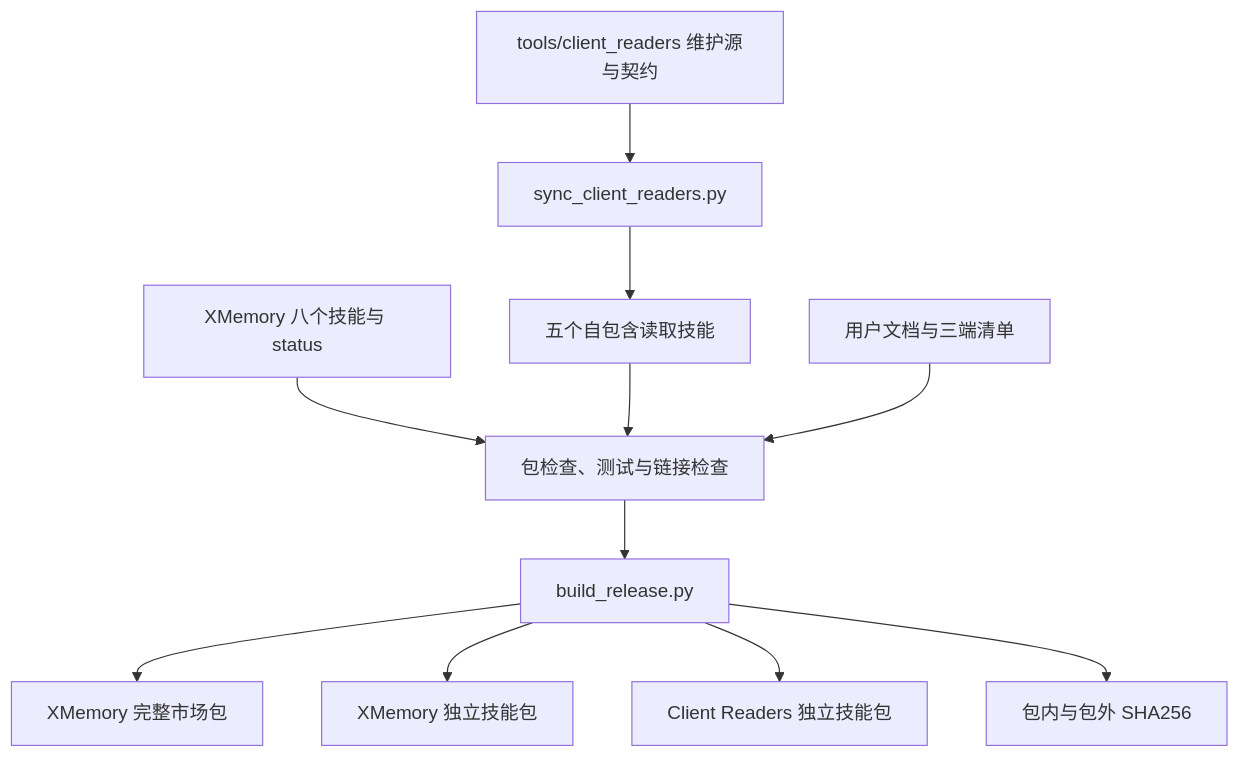
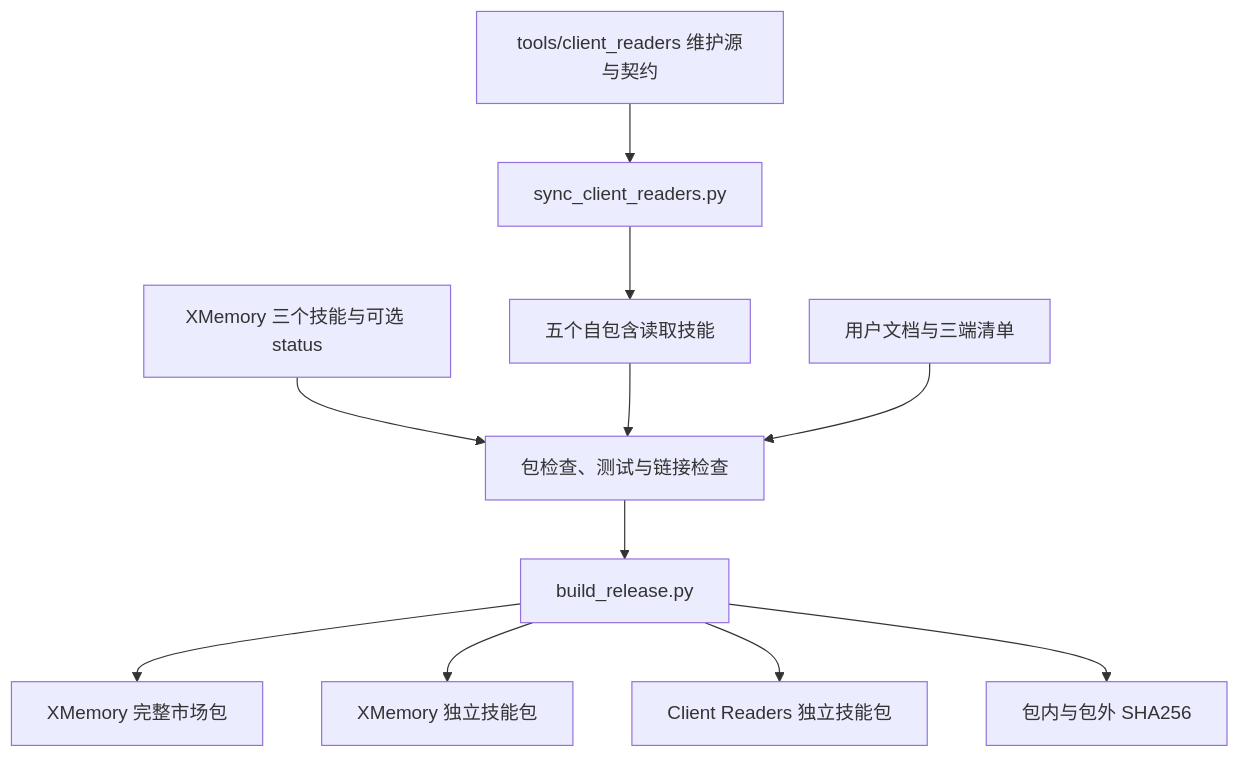
The diagram in docs/development.md (BlueSkyXN/XMemory), drawn with Mermaid before and after one commit. The commit also changed other lines of this file and 79 other files, not shown here.

````diff
--- a/docs/development.md
+++ b/docs/development.md
@@ -22,13 +22,13 @@
 ```mermaid
 flowchart TD
     R["tools/client_readers 维护源与契约"] --> S["sync_client_readers.py"]
     S --> C["五个自包含读取技能"]
-    X["XMemory 八个技能与 status"] --> V["包检查、测试与链接检查"]
+    X["XMemory 三个技能与可选 status"] --> V["包检查、测试与链接检查"]
     C --> V
     D["用户文档与三端清单"] --> V
     V --> B["build_release.py"]
     B --> F["XMemory 完整市场包"]
     B --> P["XMemory 独立技能包"]
     B --> Q["Client Readers 独立技能包"]
     B --> H["包内与包外 SHA256"]
 ```
````
